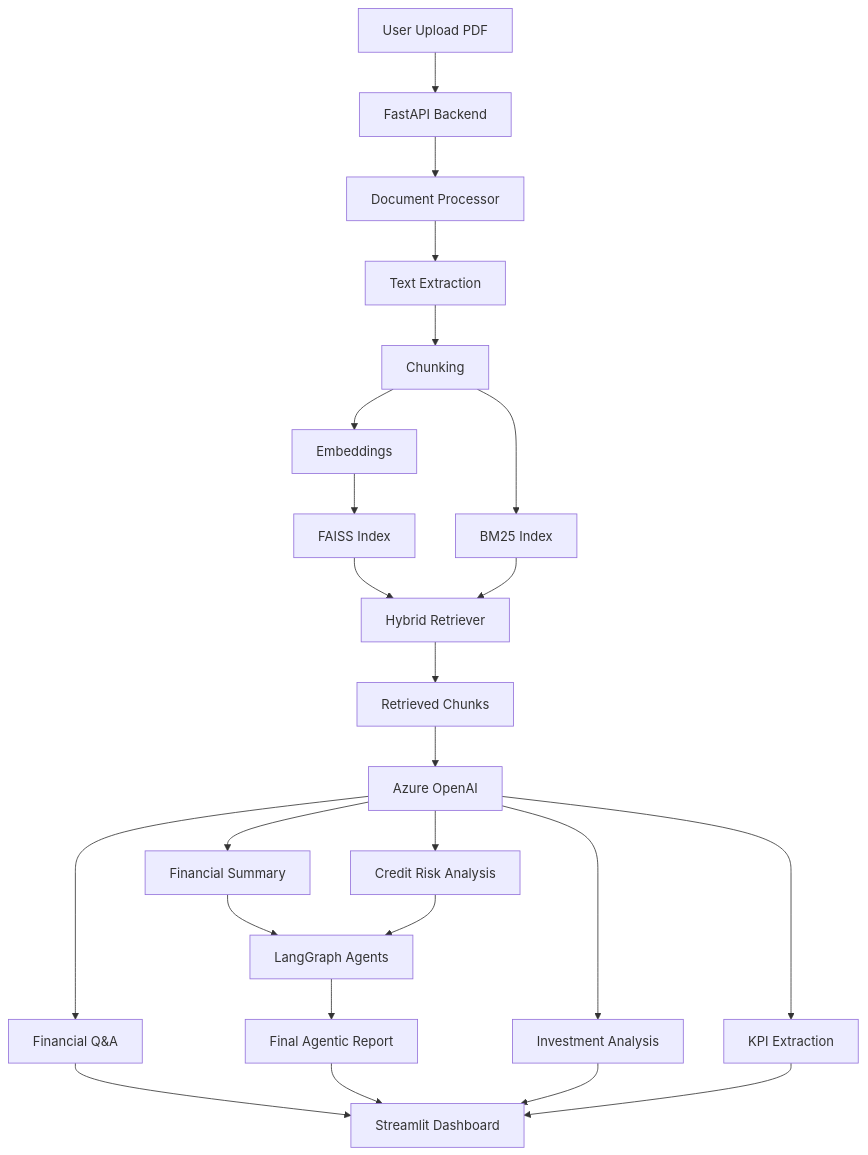
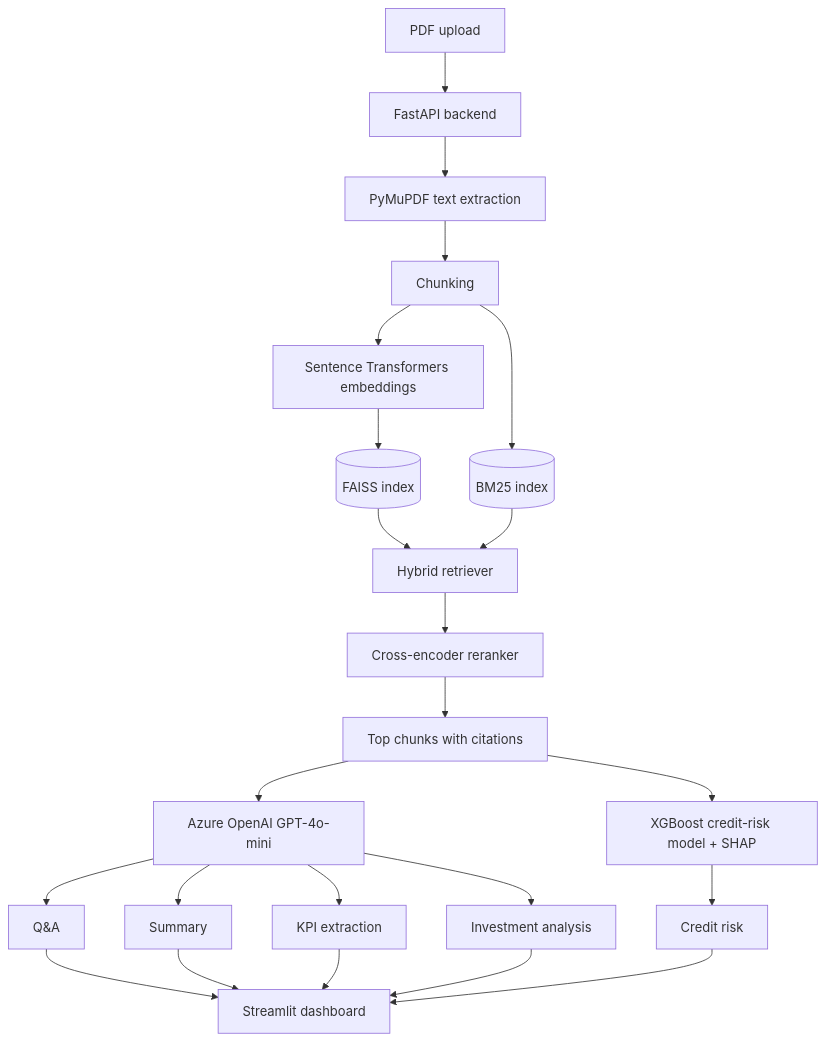
One commit to VivekMane57/finsight-ai changed the first of 2 diagrams in README.md. Above: the diagram before and after it, drawn with Mermaid. The commit also changed other lines of this file, not shown here.

````diff
--- a/README.md
+++ b/README.md
@@ -104,38 +37,25 @@
 ```mermaid
 flowchart TD
-
-A[User Upload PDF]
---> B[FastAPI Backend]
-
-B --> C[Document Processor]
-C --> D[Text Extraction]
-D --> E[Chunking]
-
-E --> F[Embeddings]
-F --> G[FAISS Index]
-
-E --> H[BM25 Index]
-
-G --> I[Hybrid Retriever]
-H --> I
-
-I --> J[Retrieved Chunks]
-
-J --> K[Azure OpenAI]
-
-K --> L[Financial Q&A]
-K --> M[Financial Summary]
-K --> N[Credit Risk Analysis]
-K --> O[Investment Analysis]
-K --> P[KPI Extraction]
-
-M --> Q[LangGraph Agents]
-N --> Q
-
-Q --> R[Final Agentic Report]
-
-L --> S[Streamlit Dashboard]
-R --> S
-O --> S
-P --> S
+    A[PDF upload] --> B[FastAPI backend]
+    B --> C[PyMuPDF text extraction]
+    C --> D[Chunking]
+    D --> E[Sentence Transformers embeddings]
+    E --> F[(FAISS index)]
+    D --> G[(BM25 index)]
+    F --> H[Hybrid retriever]
+    G --> H
+    H --> I[Cross-encoder reranker]
+    I --> J[Top chunks with citations]
+    J --> K[Azure OpenAI GPT-4o-mini]
+    K --> L[Q&A]
+    K --> M[Summary]
+    K --> N[KPI extraction]
+    K --> O[Investment analysis]
+    J --> P[XGBoost credit-risk model + SHAP]
+    P --> Q[Credit risk]
+    L --> R[Streamlit dashboard]
+    M --> R
+    N --> R
+    O --> R
+    Q --> R
 ```
````
